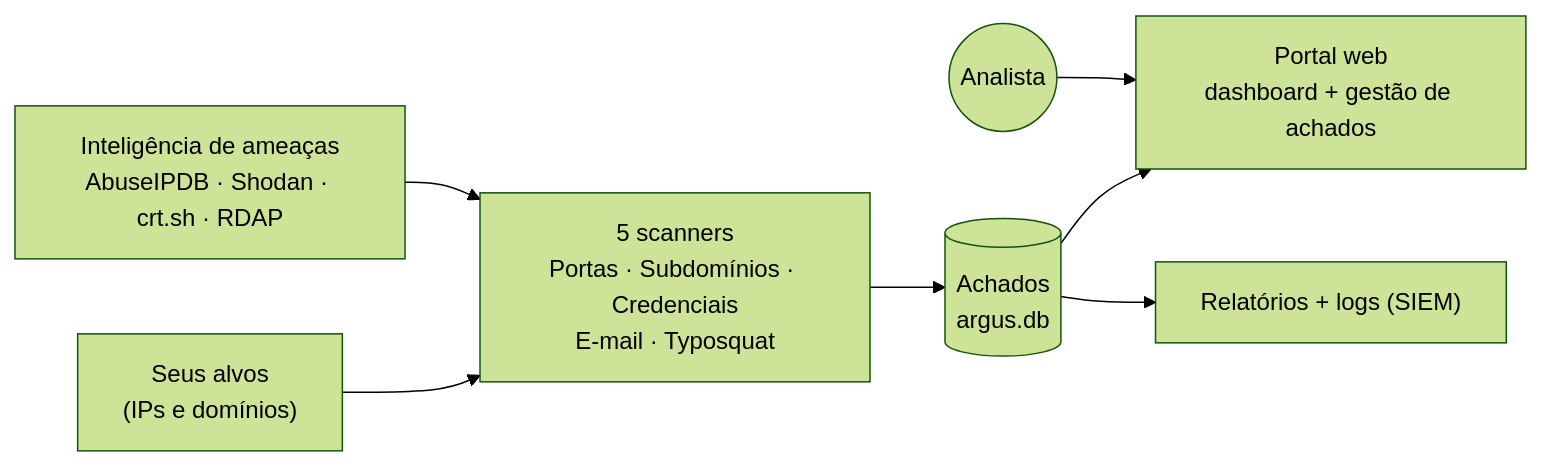
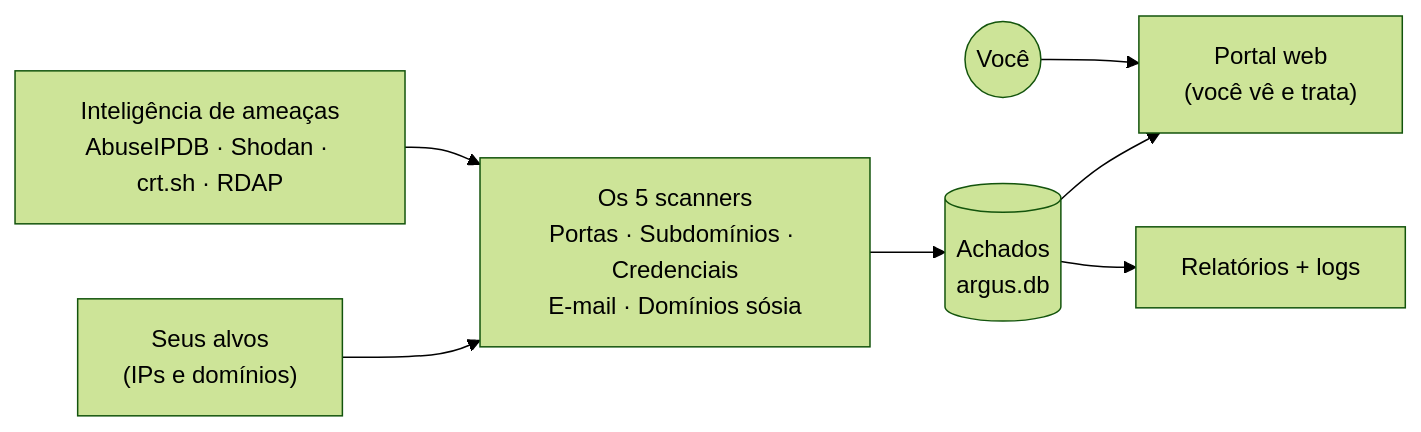
Before and after one commit to boliveiras/argus-asm-v1: the first of 2 diagrams in README.md, drawn with Mermaid (forest theme). The commit also changed other lines of this file, not shown here.

````diff
--- a/README.md
+++ b/README.md
@@ -28,9 +36,9 @@
 ```mermaid
 flowchart LR
     A["Seus alvos<br/>(IPs e domínios)"] --> SC
     TI["Inteligência de ameaças<br/>AbuseIPDB · Shodan · crt.sh · RDAP"] --> SC
-    SC["5 scanners<br/>Portas · Subdomínios · Credenciais<br/>E-mail · Typosquat"] --> DB[("Achados<br/>argus.db")]
-    DB --> P["Portal web<br/>dashboard + gestão de achados"]
-    DB --> R["Relatórios + logs (SIEM)"]
-    U(("Analista")) --> P
+    SC["Os 5 scanners<br/>Portas · Subdomínios · Credenciais<br/>E-mail · Domínios sósia"] --> DB[("Achados<br/>argus.db")]
+    DB --> P["Portal web<br/>(você vê e trata)"]
+    DB --> R["Relatórios + logs"]
+    U(("Você")) --> P
 ```
````
